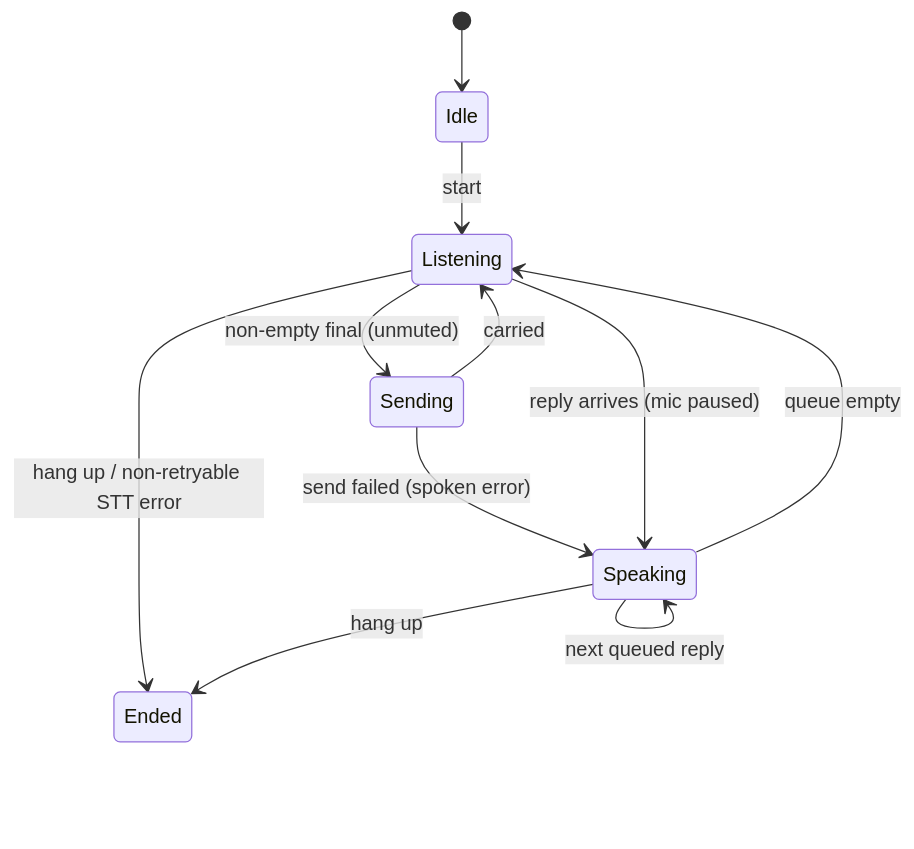
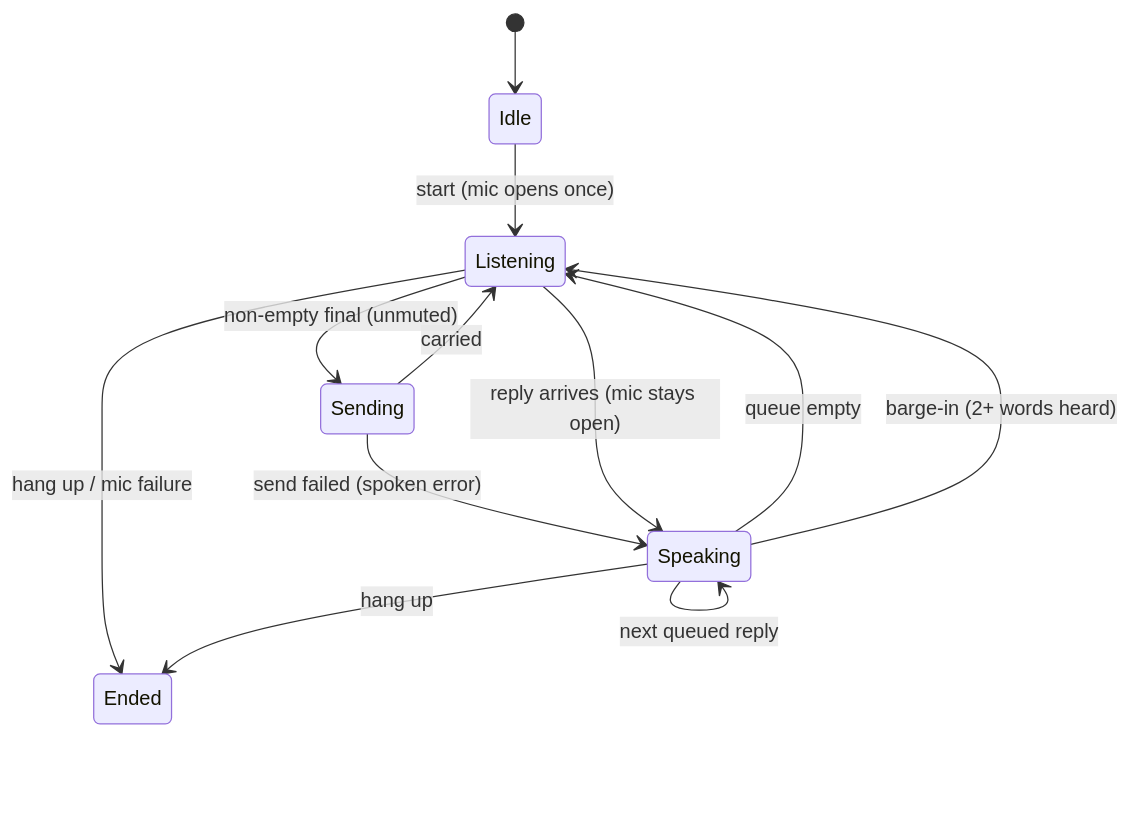
Before and after one commit to PetePeter/helm: the seventh of 9 diagrams in docs/voice-operator.md, drawn with Mermaid. The commit also changed other lines of this file and 31 other files, not shown here.

````diff
--- a/docs/voice-operator.md
+++ b/docs/voice-operator.md
@@ -201,13 +210,14 @@
 ```mermaid
 stateDiagram-v2
     [*] --> Idle
-    Idle --> Listening: start
+    Idle --> Listening: start (mic opens once)
     Listening --> Sending: non-empty final (unmuted)
     Sending --> Listening: carried
     Sending --> Speaking: send failed (spoken error)
-    Listening --> Speaking: reply arrives (mic paused)
+    Listening --> Speaking: reply arrives (mic stays open)
     Speaking --> Speaking: next queued reply
     Speaking --> Listening: queue empty
-    Listening --> Ended: hang up / non-retryable STT error
+    Speaking --> Listening: barge-in (2+ words heard)
+    Listening --> Ended: hang up / mic failure
     Speaking --> Ended: hang up
 ```
````
